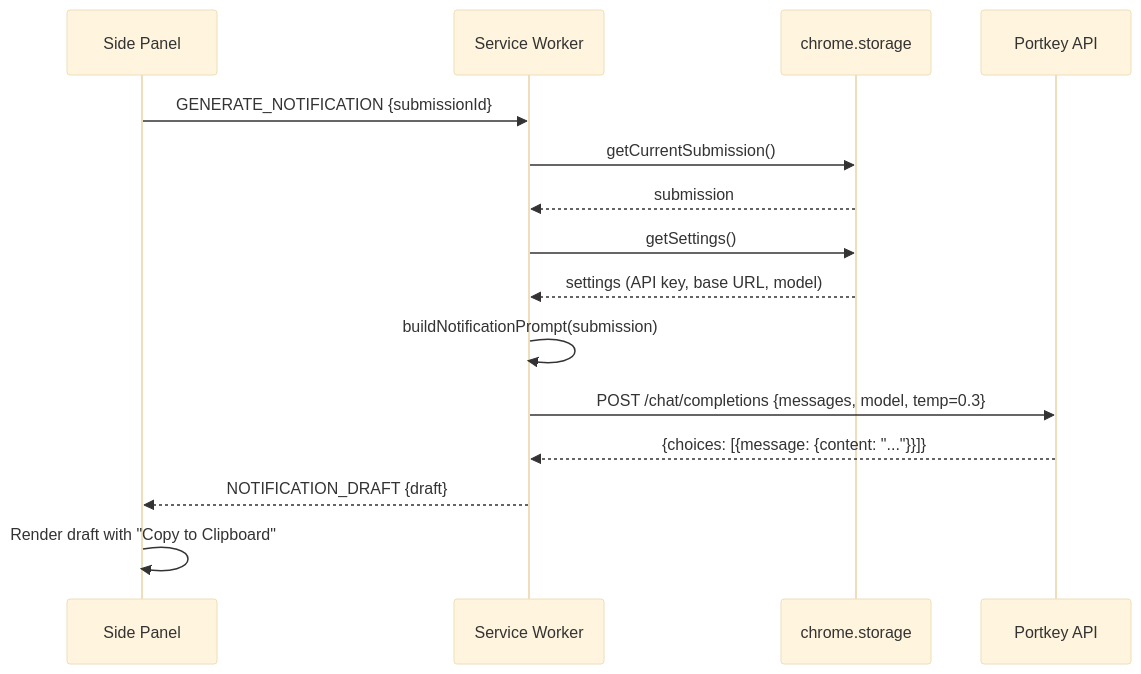
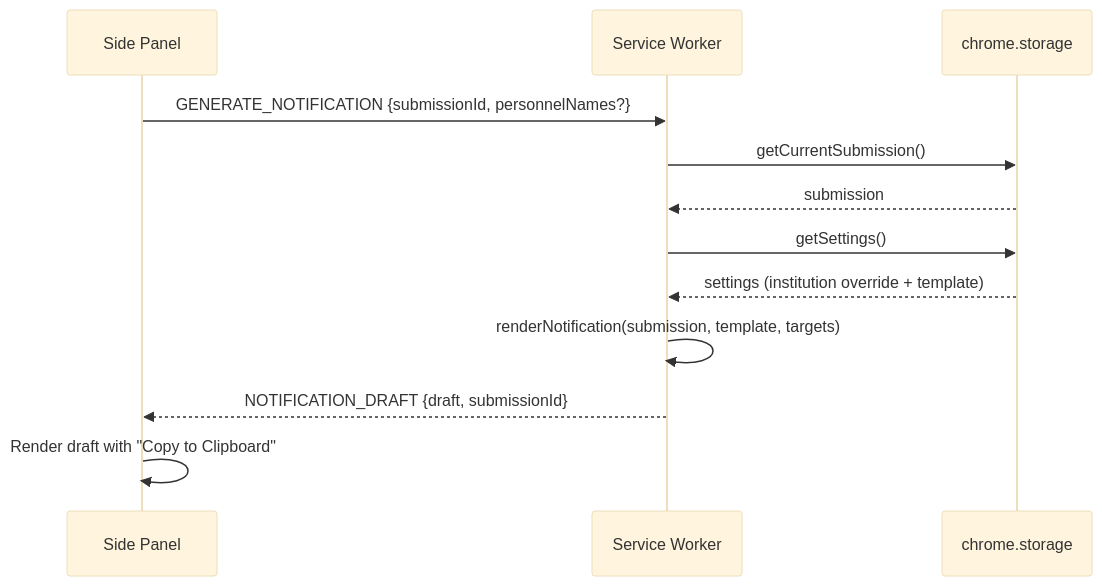
One commit to ngoldbla/irb-citi-checker changed the second of 2 diagrams in governance/01-architecture.md. Above: the diagram before and after it, drawn with Mermaid (base theme). The commit also changed other lines of this file and 51 other files, not shown here.

````diff
--- a/governance/01-architecture.md
+++ b/governance/01-architecture.md
@@ -159,18 +249,15 @@
 ```mermaid
 sequenceDiagram
     participant SP as Side Panel
     participant SW as Service Worker
     participant ST as chrome.storage
-    participant API as Portkey API
 
-    SP->>SW: GENERATE_NOTIFICATION {submissionId}
+    SP->>SW: GENERATE_NOTIFICATION {submissionId, personnelNames?}
     SW->>ST: getCurrentSubmission()
     ST-->>SW: submission
     SW->>ST: getSettings()
-    ST-->>SW: settings (API key, base URL, model)
-    SW->>SW: buildNotificationPrompt(submission)
-    SW->>API: POST /chat/completions {messages, model, temp=0.3}
-    API-->>SW: {choices: [{message: {content: "..."}}]}
-    SW-->>SP: NOTIFICATION_DRAFT {draft}
+    ST-->>SW: settings (institution override + template)
+    SW->>SW: renderNotification(submission, template, targets)
+    SW-->>SP: NOTIFICATION_DRAFT {draft, submissionId}
     SP->>SP: Render draft with "Copy to Clipboard"
 ```
````
